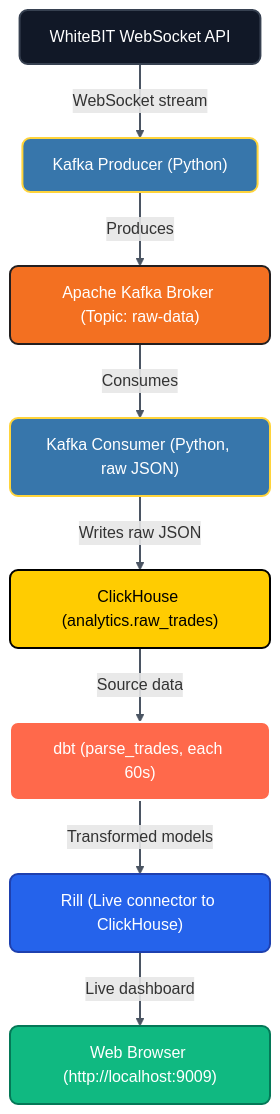
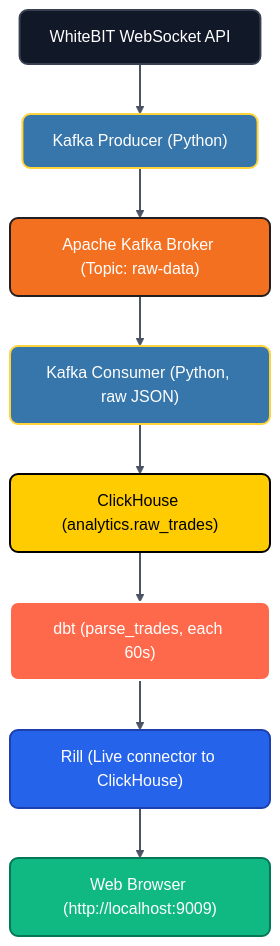
One commit to YuryNitochkin/Whitebit_BTC_USDT_ETL_Realtime changed the diagram in README.md. Above: the diagram before and after it, drawn with Mermaid.

Commit message:
fix: README optimize

````diff
--- a/README.md
+++ b/README.md
@@ -15,29 +15,29 @@
 ```mermaid
 graph TD
     classDef whitebit fill:#111827,stroke:#374151,stroke-width:2px,color:#ffffff,rx:8,ry:8
     classDef python fill:#3776AB,stroke:#FFD43B,stroke-width:2px,color:#ffffff,rx:8,ry:8
     classDef kafka fill:#F37021,stroke:#231F20,stroke-width:2px,color:#ffffff,rx:8,ry:8
     classDef clickhouse fill:#FFCC01,stroke:#000000,stroke-width:2px,color:#000000,rx:8,ry:8
     classDef dbt fill:#FF694B,stroke:#FFFFFF,stroke-width:2px,color:#ffffff,rx:8,ry:8
     classDef rill fill:#2563EB,stroke:#1E40AF,stroke-width:2px,color:#ffffff,rx:8,ry:8
     classDef browser fill:#10B981,stroke:#047857,stroke-width:2px,color:#ffffff,rx:8,ry:8
 
     WB["WhiteBIT WebSocket API"]:::whitebit
     KP["Kafka Producer (Python)"]:::python
     KB["Apache Kafka Broker (Topic: raw-data)"]:::kafka
     KC["Kafka Consumer (Python, raw JSON)"]:::python
     CH["ClickHouse (analytics.raw_trades)"]:::clickhouse
     DBT["dbt (parse_trades, each 60s)"]:::dbt
     RILL["Rill (Live connector to ClickHouse)"]:::rill
     BR["Web Browser (http://localhost:9009)"]:::browser
 
-    WB ==>|WebSocket stream| KP
-    KP ==>|Produces| KB
-    KB ==>|Consumes| KC
-    KC ==>|Writes raw JSON| CH
-    CH ==>|Source data| DBT
-    DBT ==>|Transformed models| RILL
-    RILL ==>|Live dashboard| BR
+    WB ==> KP
+    KP ==> KB
+    KB ==> KC
+    KC ==> CH
+    CH ==> DBT
+    DBT ==> RILL
+    RILL ==> BR
 
     linkStyle default stroke:#4B5563,stroke-width:2px
 ```
````
